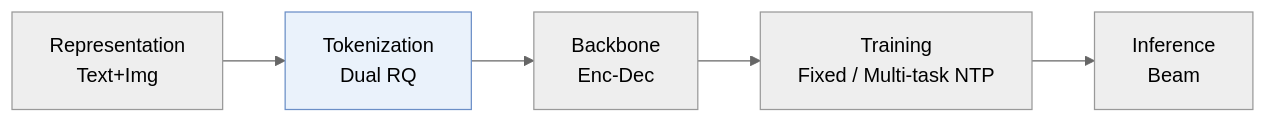
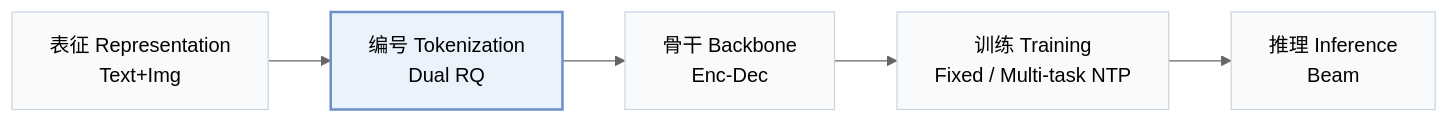
Before and after one commit to Galaxy-ghost/Awesome-SID-Generative-Rec: the first of 3 diagrams in pages/zh/papers/mql4grec.md, drawn with Mermaid (neutral theme). The commit also changed other lines of this file and 649 other files, not shown here.

Commit message:
writer-05: also tags and modality index (schema, check, build, visuals); summary field removed; calibration data for 12 papers

````diff
--- a/pages/zh/papers/mql4grec.md
+++ b/pages/zh/papers/mql4grec.md
@@ -13,6 +15,8 @@
 ```mermaid
 flowchart LR
-    R["Representation<br/>Text+Img"] --> T["Tokenization<br/>Dual RQ"] --> B["Backbone<br/>Enc-Dec"] --> TR["Training<br/>Fixed / Multi-task NTP"] --> I["Inference<br/>Beam"]
-    classDef main fill:#eaf2fb,stroke:#6b8fc7
+    R["表征 Representation<br/>Text+Img"] --> T["编号 Tokenization<br/>Dual RQ"] --> B["骨干 Backbone<br/>Enc-Dec"] --> TR["训练 Training<br/>Fixed / Multi-task NTP"] --> I["推理 Inference<br/>Beam"]
+    classDef base fill:#f8fafc,stroke:#cbd5e1
+    class R,T,B,TR,I base
+    classDef main fill:#eaf2fb,stroke:#6b8fc7,stroke-width:2px
     class T main
 ```
````
